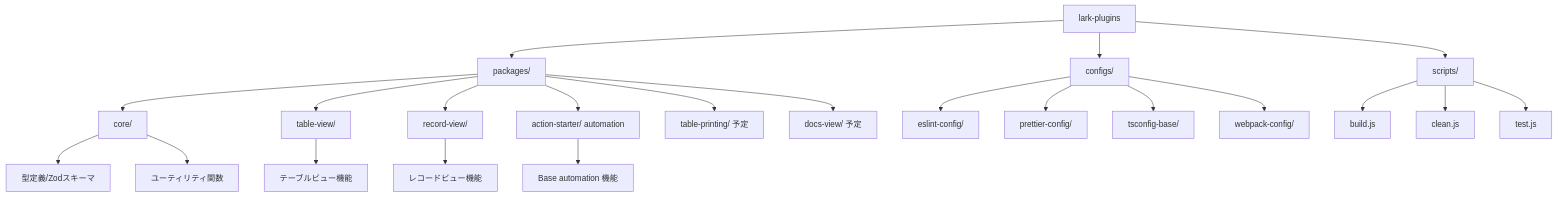
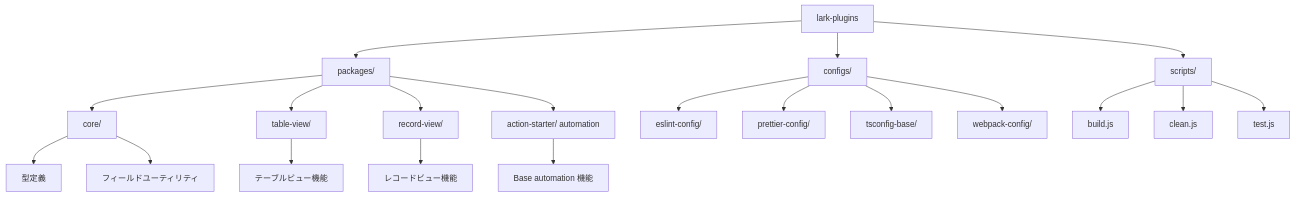
One commit to shoma-endo/lark-plugins changed the diagram in README.md. Above: the diagram before and after it, drawn with Mermaid. The commit also changed other lines of this file and 4 other files, not shown here.

````diff
--- a/README.md
+++ b/README.md
@@ -24,29 +24,27 @@
 ```mermaid
 graph TD
     A[lark-plugins] --> B[packages/]
     A --> C[configs/]
     A --> D[scripts/]
     
     B --> E[core/]
     B --> F[table-view/]
     B --> G[record-view/]
     B --> H[action-starter/ automation]
-    B --> I[table-printing/ 予定]
-    B --> J[docs-view/ 予定]
     
     C --> K[eslint-config/]
     C --> L[prettier-config/]
     C --> M[tsconfig-base/]
     C --> N[webpack-config/]
     
     D --> O[build.js]
     D --> P[clean.js]
     D --> Q[test.js]
     
-    E --> R[型定義/Zodスキーマ]
-    E --> S[ユーティリティ関数]
+    E --> R[型定義]
+    E --> S[フィールドユーティリティ]
     
     F --> T[テーブルビュー機能]
     G --> U[レコードビュー機能]
     H --> V[Base automation 機能]
 ```
````
